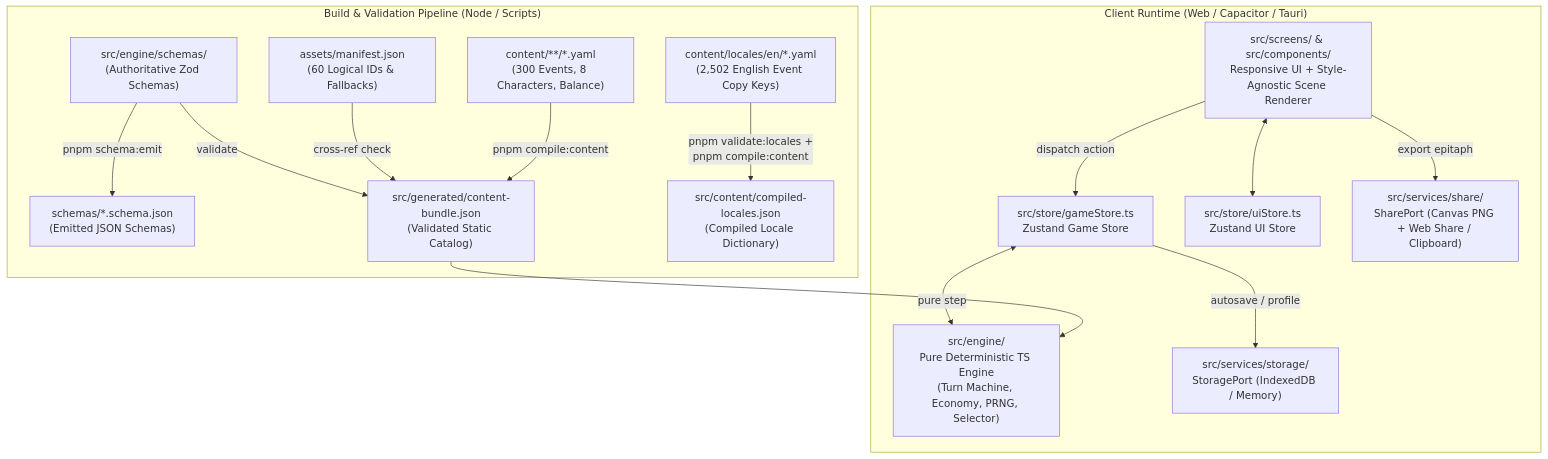
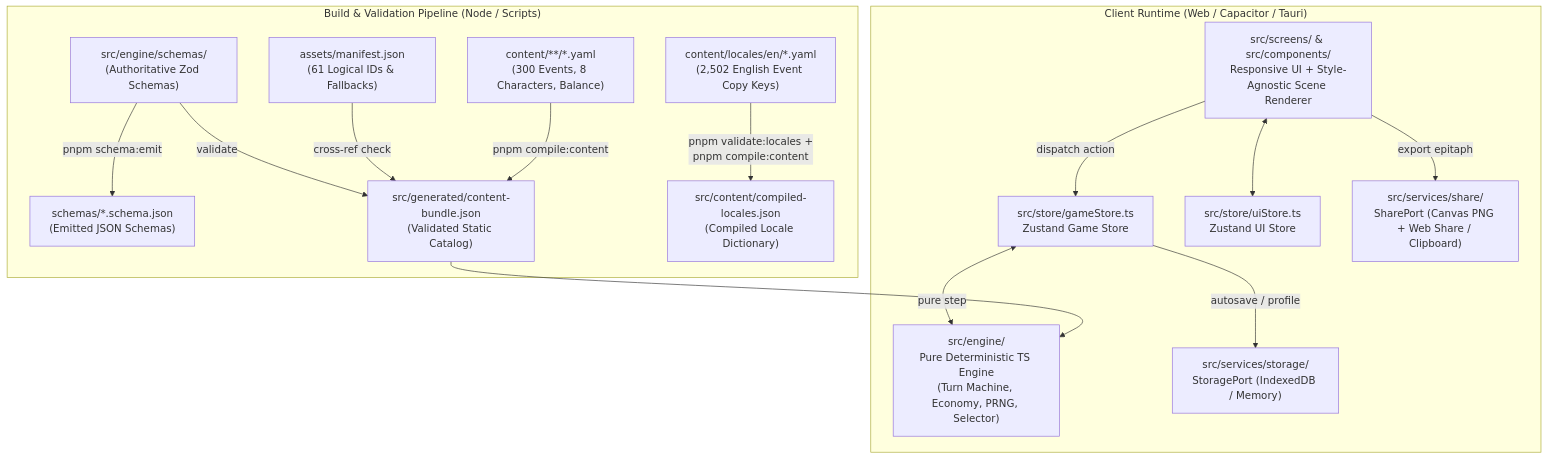
The first of 2 diagrams in ARCHITECTURE.md (dsalva9/autonomo-simulator), drawn with Mermaid before and after one commit. The commit also changed other lines of this file and 41 other files, not shown here.

````diff
--- a/ARCHITECTURE.md
+++ b/ARCHITECTURE.md
@@ -35,34 +35,34 @@
 ```mermaid
 flowchart TB
     subgraph BuildTime["Build & Validation Pipeline (Node / Scripts)"]
         YAML["content/**/*.yaml\n(300 Events, 8 Characters, Balance)"]
         LOC["content/locales/en/*.yaml\n(2,502 English Event Copy Keys)"]
-        MAN["assets/manifest.json\n(60 Logical IDs & Fallbacks)"]
+        MAN["assets/manifest.json\n(61 Logical IDs & Fallbacks)"]
         ZOD["src/engine/schemas/\n(Authoritative Zod Schemas)"]
         JSONS["schemas/*.schema.json\n(Emitted JSON Schemas)"]
         BUNDLE["src/generated/content-bundle.json\n(Validated Static Catalog)"]
         LOCBUNDLE["src/content/compiled-locales.json\n(Compiled Locale Dictionary)"]
 
         ZOD -->|"pnpm schema:emit"| JSONS
         YAML -->|"pnpm compile:content"| BUNDLE
         LOC -->|"pnpm validate:locales +\npnpm compile:content"| LOCBUNDLE
         MAN -->|"cross-ref check"| BUNDLE
         ZOD -->|"validate"| BUNDLE
     end
 
     subgraph Runtime["Client Runtime (Web / Capacitor / Tauri)"]
         ENGINE["src/engine/\nPure Deterministic TS Engine\n(Turn Machine, Economy, PRNG, Selector)"]
         GSTORE["src/store/gameStore.ts\nZustand Game Store"]
         UISTORE["src/store/uiStore.ts\nZustand UI Store"]
         UI["src/screens/ & src/components/\nResponsive UI + Style-Agnostic Scene Renderer"]
         STORAGE["src/services/storage/\nStoragePort (IndexedDB / Memory)"]
         SHARE["src/services/share/\nSharePort (Canvas PNG + Web Share / Clipboard)"]
 
         BUNDLE --> ENGINE
         UI -->|"dispatch action"| GSTORE
         UI <--> UISTORE
         GSTORE <-->|"pure step"| ENGINE
         GSTORE -->|"autosave / profile"| STORAGE
         UI -->|"export epitaph"| SHARE
     end
 ```
````
